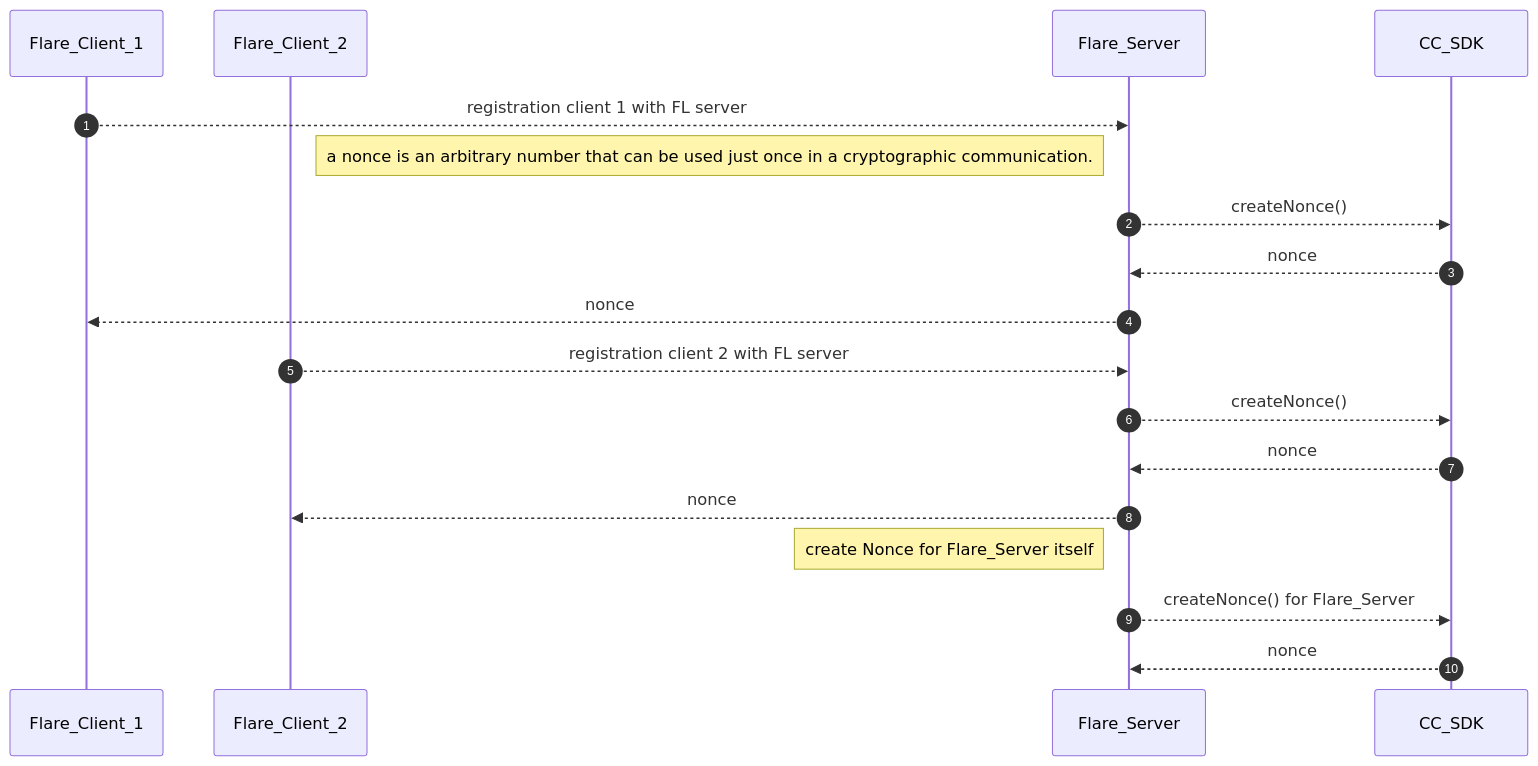
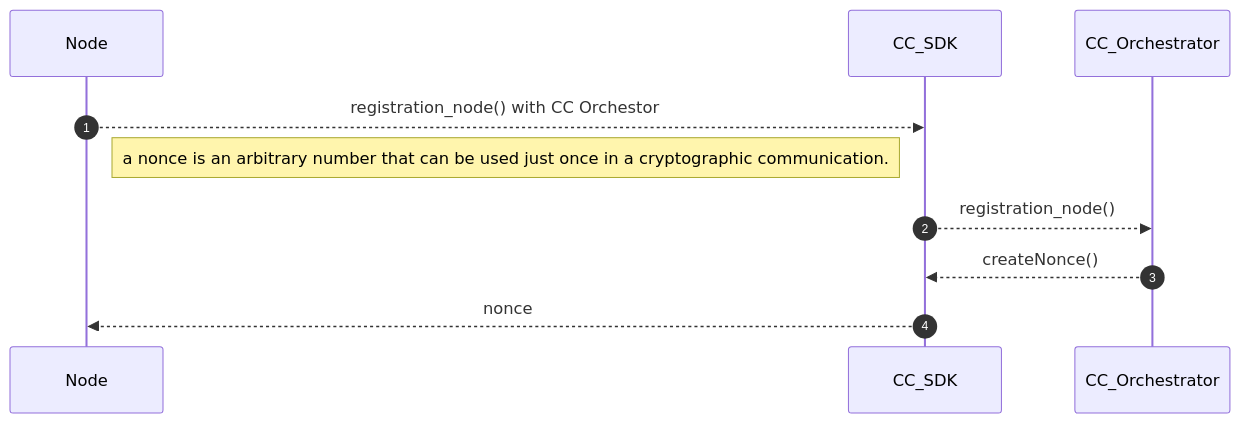
Before and after one commit to hitesh-ag1/NVFlare: the second of 13 diagrams in docs/confidential_computing/detailed_cc_sequence_diagram.md, drawn with Mermaid. The commit also changed other lines of this file, not shown here.

Commit message:
Sequence diagram for CC

````diff
--- a/docs/confidential_computing/detailed_cc_sequence_diagram.md
+++ b/docs/confidential_computing/detailed_cc_sequence_diagram.md
@@ -76,24 +48,14 @@
 ```mermaid
 sequenceDiagram
    autonumber
-    participant Flare_Client_1
-    participant Flare_Client_2
-    participant Flare_Server
+    participant Node
     participant CC_SDK
+    participant CC_Orchestrator    
  
-    Flare_Client_1 -->> Flare_Server: registration client 1 with FL server
-    Note left of Flare_Server: a nonce is an arbitrary number that can be used just once in a cryptographic communication.
-    Flare_Server -->> CC_SDK : createNonce() 
-    CC_SDK -->> Flare_Server : nonce
-    Flare_Server -->> Flare_Client_1 : nonce
-    
-    Flare_Client_2 -->> Flare_Server: registration client 2 with FL server
-    Flare_Server -->> CC_SDK : createNonce() 
-    CC_SDK -->> Flare_Server : nonce
-    Flare_Server -->> Flare_Client_2 : nonce
-    
-    Note left of Flare_Server: create Nonce for Flare_Server itself
-    Flare_Server -->> CC_SDK : createNonce() for Flare_Server 
-    CC_SDK -->> Flare_Server : nonce
-       
+    Node -->> CC_SDK: registration_node() with CC Orchestor
+    Note left of CC_SDK: a nonce is an arbitrary number that can be used just once in a cryptographic communication.
+    CC_SDK -->> CC_Orchestrator : registration_node() 
+    CC_Orchestrator -->> CC_SDK : createNonce() 
+    CC_SDK -->> Node : nonce
+      
 ```
````
